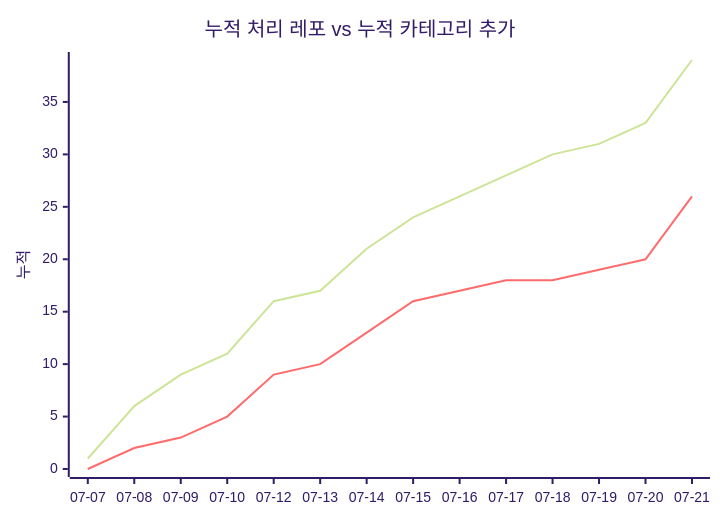
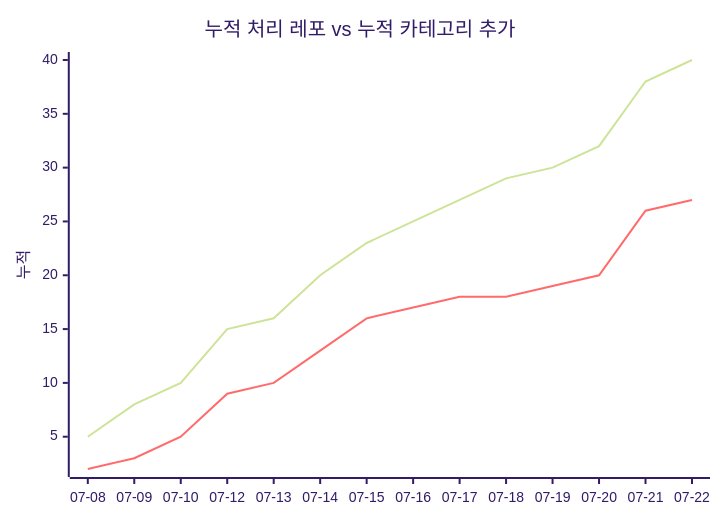
Before and after one commit to J-nowcow/awesome-korean-agent-skills: the second of 2 diagrams in docs/trends.md, drawn with Mermaid (forest theme). The commit also changed other lines of this file and 3 other files, not shown here.

````diff
--- a/docs/trends.md
+++ b/docs/trends.md
@@ -68,8 +68,8 @@
 ```mermaid
 xychart-beta
     title "누적 처리 레포 vs 누적 카테고리 추가"
-    x-axis ["07-07","07-08","07-09","07-10","07-12","07-13","07-14","07-15","07-16","07-17","07-18","07-19","07-20","07-21"]
+    x-axis ["07-08","07-09","07-10","07-12","07-13","07-14","07-15","07-16","07-17","07-18","07-19","07-20","07-21","07-22"]
     y-axis "누적"
-    line [1,6,9,11,16,17,21,24,26,28,30,31,33,39]
-    line [0,2,3,5,9,10,13,16,17,18,18,19,20,26]
+    line [5,8,10,15,16,20,23,25,27,29,30,32,38,40]
+    line [2,3,5,9,10,13,16,17,18,18,19,20,26,27]
 ```
````
